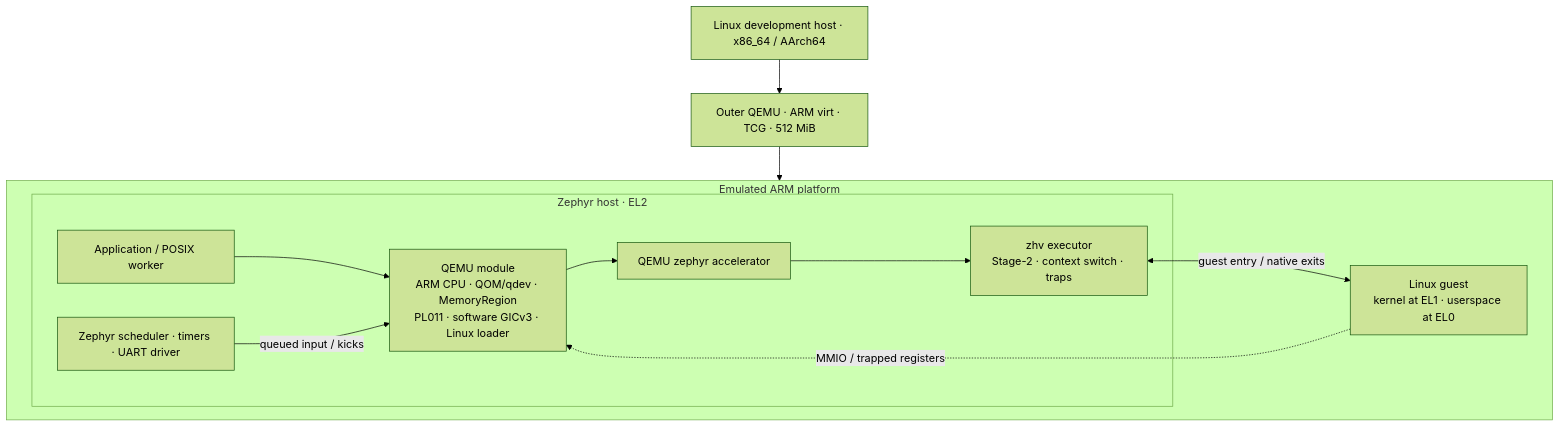
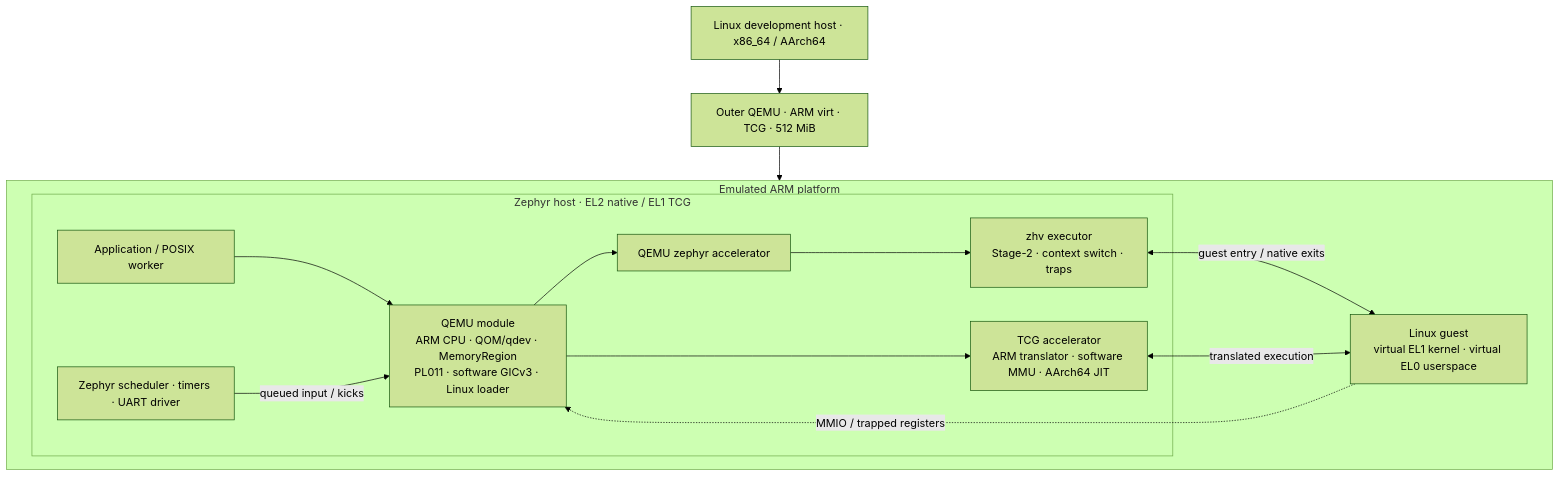
Before and after one commit to processmission/qemu-on-zephyr: the diagram in README.md, drawn with Mermaid (forest theme). The commit also changed other lines of this file and 40 other files, not shown here.

First line of the commit message:
qemu/zephyr: add TCG execution and selectable ARM64 CPUs

````diff
--- a/README.md
+++ b/README.md
@@ -107,20 +118,23 @@
 ```mermaid
 flowchart TB
     host["Linux development host · x86_64 / AArch64"]
     host --> outer["Outer QEMU · ARM virt · TCG · 512 MiB"]
     subgraph platform["Emulated ARM platform"]
-        subgraph el2["Zephyr host · EL2"]
+        subgraph el2["Zephyr host · EL2 native / EL1 TCG"]
             app["Application / POSIX worker"]
             models["QEMU module<br/>ARM CPU · QOM/qdev · MemoryRegion<br/>PL011 · software GICv3 · Linux loader"]
             accel["QEMU zephyr accelerator"]
             executor["zhv executor<br/>Stage-2 · context switch · traps"]
             kernel["Zephyr scheduler · timers · UART driver"]
             app --> models --> accel --> executor
+            tcg["TCG accelerator<br/>ARM translator · software MMU · AArch64 JIT"]
+            models --> tcg
             kernel -->|"queued input / kicks"| models
         end
-        guest["Linux guest<br/>kernel at EL1 · userspace at EL0"]
+        guest["Linux guest<br/>virtual EL1 kernel · virtual EL0 userspace"]
         executor <-->|"guest entry / native exits"| guest
+        tcg <-->|"translated execution"| guest
         guest -.->|"MMIO / trapped registers"| models
     end
     outer --> platform
 ```
````
